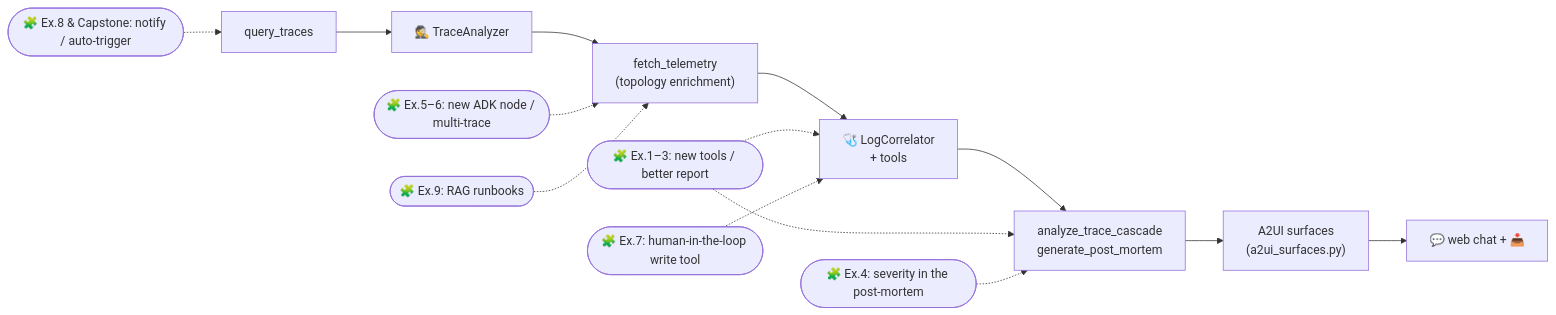
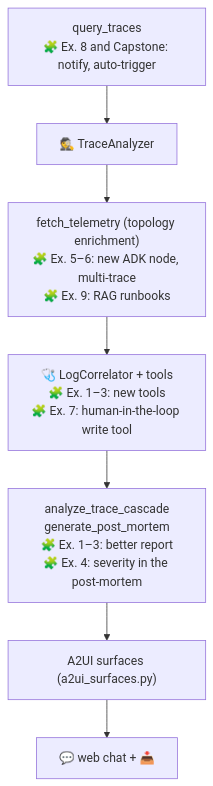
The diagram in EXERCISES.md (xSAVIKx/sre-agent), drawn with Mermaid before and after one commit. The commit also changed 3 other files, not shown here.

First line of the commit message:
docs: vertical diagrams that fit the website's text column

````diff
--- a/EXERCISES.md
+++ b/EXERCISES.md
@@ -70,14 +70,8 @@
 ```mermaid
-flowchart LR
-    Q["query_traces"] --> TA["🕵️ TraceAnalyzer"]
-    TA --> FT["fetch_telemetry<br/>(topology enrichment)"]
-    FT --> LC["🩺 LogCorrelator<br/>+ tools"]
-    LC --> PM["analyze_trace_cascade<br/>generate_post_mortem"]
-    PM --> A2["A2UI surfaces<br/>(a2ui_surfaces.py)"] --> UI["💬 web chat + 📥"]
-    E1(["🧩 Ex.1–3: new tools / better report"]) -.-> LC & PM
-    E2(["🧩 Ex.4: severity in the post-mortem"]) -.-> PM
-    E3(["🧩 Ex.5–6: new ADK node / multi-trace"]) -.-> FT
-    E4(["🧩 Ex.7: human-in-the-loop write tool"]) -.-> LC
-    E5(["🧩 Ex.9: RAG runbooks"]) -.-> FT
-    E6(["🧩 Ex.8 & Capstone: notify / auto-trigger"]) -.-> Q
+flowchart TB
+    Q["query_traces<br/>🧩 Ex. 8 and Capstone: notify, auto-trigger"] --> TA["🕵️ TraceAnalyzer"]
+    TA --> FT["fetch_telemetry (topology enrichment)<br/>🧩 Ex. 5–6: new ADK node, multi-trace<br/>🧩 Ex. 9: RAG runbooks"]
+    FT --> LC["🩺 LogCorrelator + tools<br/>🧩 Ex. 1–3: new tools<br/>🧩 Ex. 7: human-in-the-loop write tool"]
+    LC --> PM["analyze_trace_cascade<br/>generate_post_mortem<br/>🧩 Ex. 1–3: better report<br/>🧩 Ex. 4: severity in the post-mortem"]
+    PM --> A2["A2UI surfaces (a2ui_surfaces.py)"] --> UI["💬 web chat + 📥"]
 ```
````
